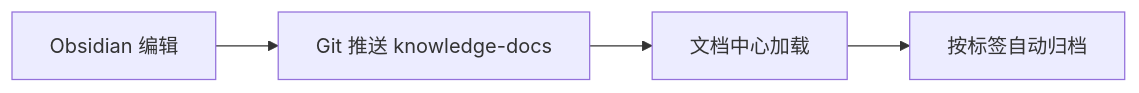
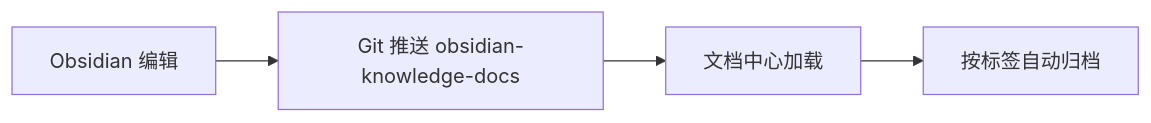
Before and after one commit to stan-fuls/stan-fuls.github.io: the diagram in docs/_templates/document.md, drawn with Mermaid. The commit also changed other lines of this file and 7 other files, not shown here.

````diff
--- a/docs/_templates/document.md
+++ b/docs/_templates/document.md
@@ -68,6 +68,6 @@
 ```mermaid
 flowchart LR
-    A[Obsidian 编辑] --> B[Git 推送 knowledge-docs]
+    A[Obsidian 编辑] --> B[Git 推送 obsidian-knowledge-docs]
     B --> C[文档中心加载]
     C --> D[按标签自动归档]
 ```
````
